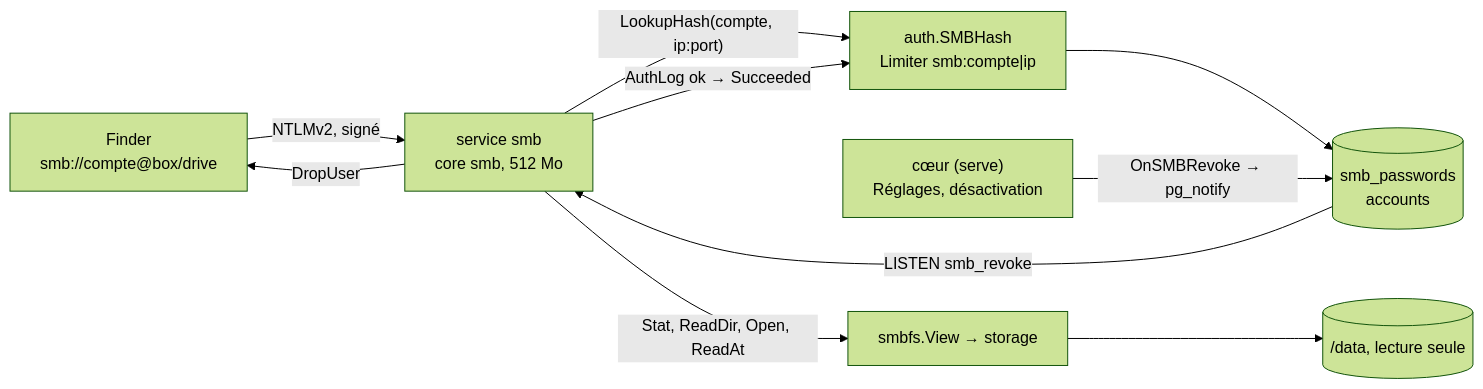
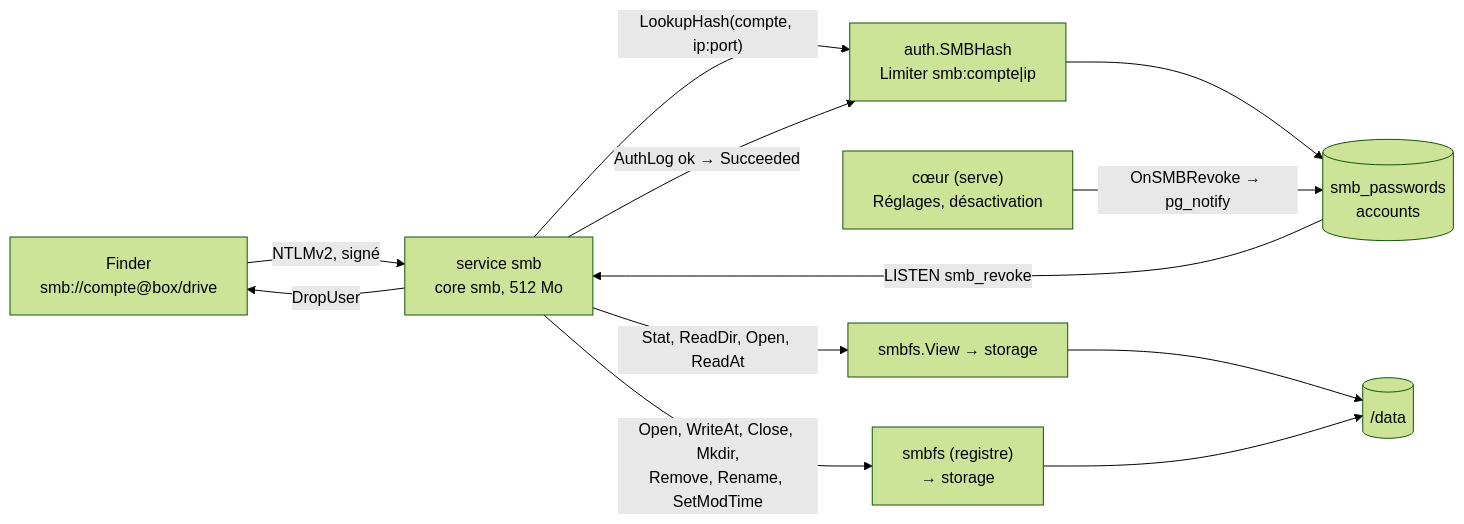
One commit to C2-POLY/cloud-os changed the first of 4 diagrams in docs/architecture/smb.md. Above: the diagram before and after it, drawn with Mermaid (forest theme). The commit also changed other lines of this file and 35 other files, not shown here.

First line of the commit message:
feat(drive): write to the drive over SMB through storage (#106)

````diff
--- a/docs/architecture/smb.md
+++ b/docs/architecture/smb.md
@@ -30,12 +31,14 @@
 ```mermaid
 flowchart LR
   F["Finder<br>smb://compte@box/drive"] -->|NTLMv2, signé| S["service smb<br>core smb, 512 Mo"]
   S -->|"LookupHash(compte, ip:port)"| A["auth.SMBHash<br>Limiter smb:compte|ip"]
   A --> DB[("smb_passwords<br>accounts")]
   S -->|"AuthLog ok → Succeeded"| A
   S -->|Stat, ReadDir, Open, ReadAt| V["smbfs.View → storage"]
-  V --> D[("/data, lecture seule")]
+  V --> D[("/data")]
+  S -->|"Open, WriteAt, Close, Mkdir,<br>Remove, Rename, SetModTime"| W["smbfs (registre)<br>→ storage"]
+  W --> D
   C["cœur (serve)<br>Réglages, désactivation"] -->|"OnSMBRevoke → pg_notify"| DB
   DB -->|"LISTEN smb_revoke"| S
   S -->|DropUser| F
 ```
````
